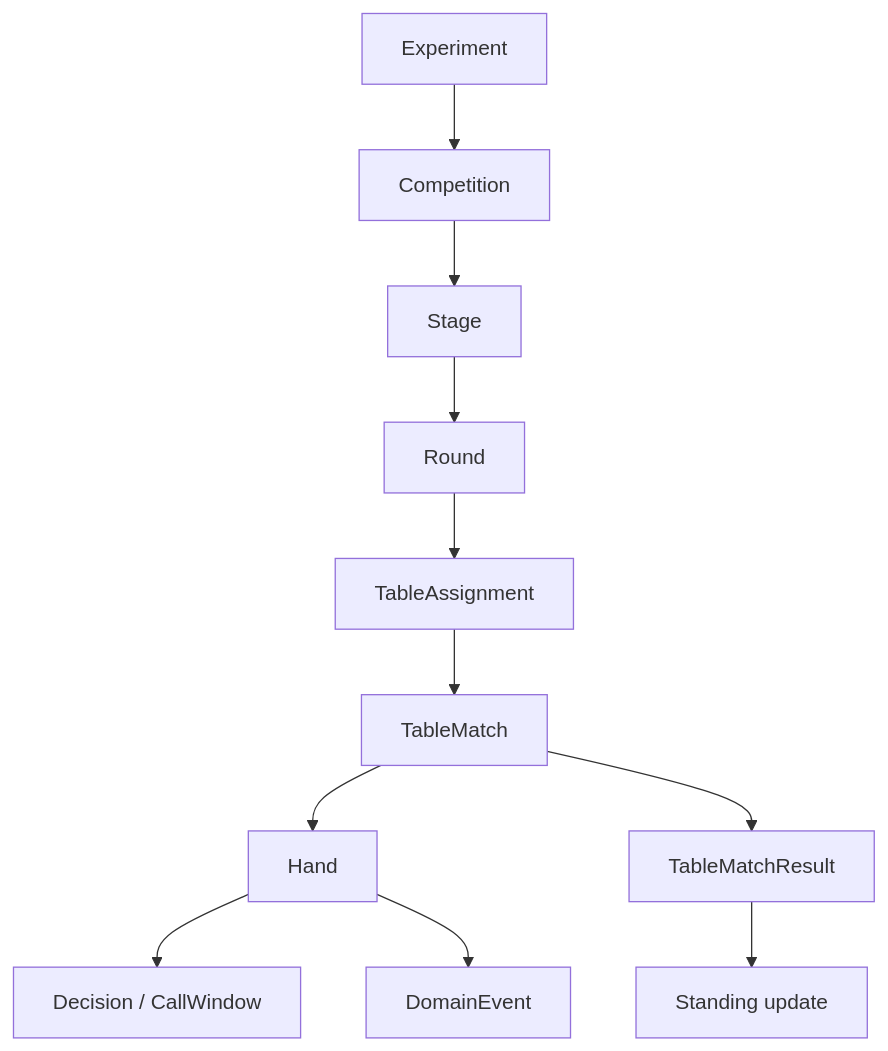
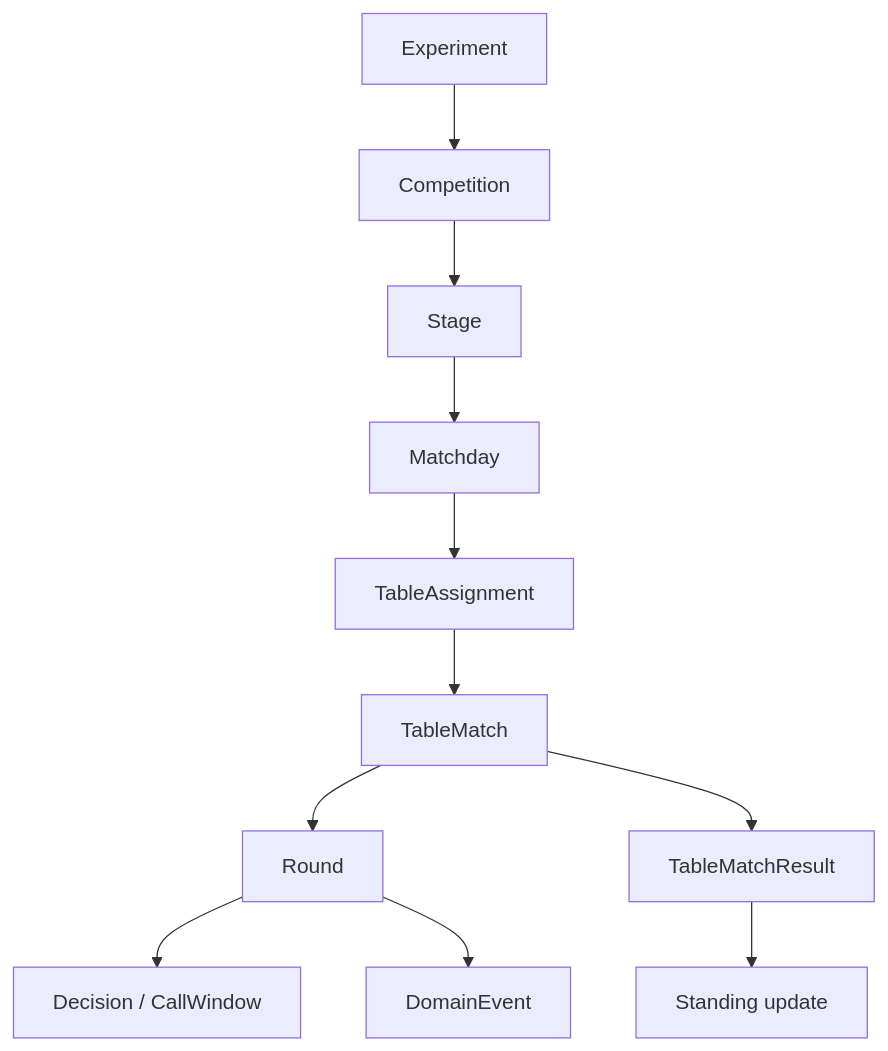
One commit to Apricot-S/lizhisim changed the first of 2 diagrams in docs/design/domain-model.md. Above: the diagram before and after it, drawn with Mermaid. The commit also changed other lines of this file and 16 other files, not shown here.

````diff
--- a/docs/design/domain-model.md
+++ b/docs/design/domain-model.md
@@ -5,13 +5,13 @@
 ```mermaid
 flowchart TD
     X["Experiment"] --> C["Competition"]
     C --> S["Stage"]
-    S --> R["Round"]
-    R --> A["TableAssignment"]
+    S --> MD["Matchday"]
+    MD --> A["TableAssignment"]
     A --> M["TableMatch"]
-    M --> H["Hand"]
-    H --> D["Decision / CallWindow"]
-    H --> E["DomainEvent"]
+    M --> R["Round"]
+    R --> D["Decision / CallWindow"]
+    R --> E["DomainEvent"]
     M --> MR["TableMatchResult"]
     MR --> ST["Standing update"]
 ```
````
